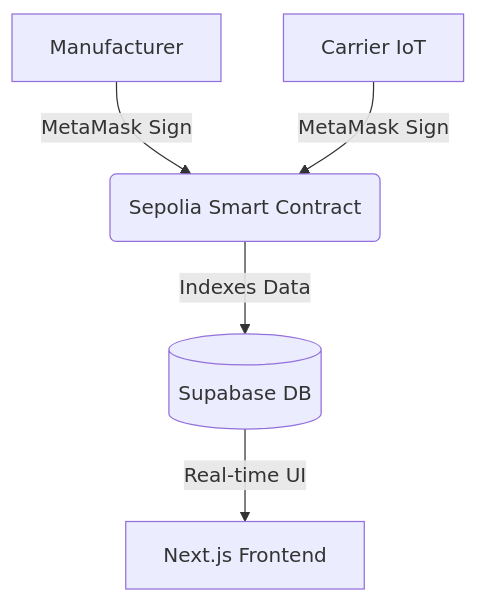
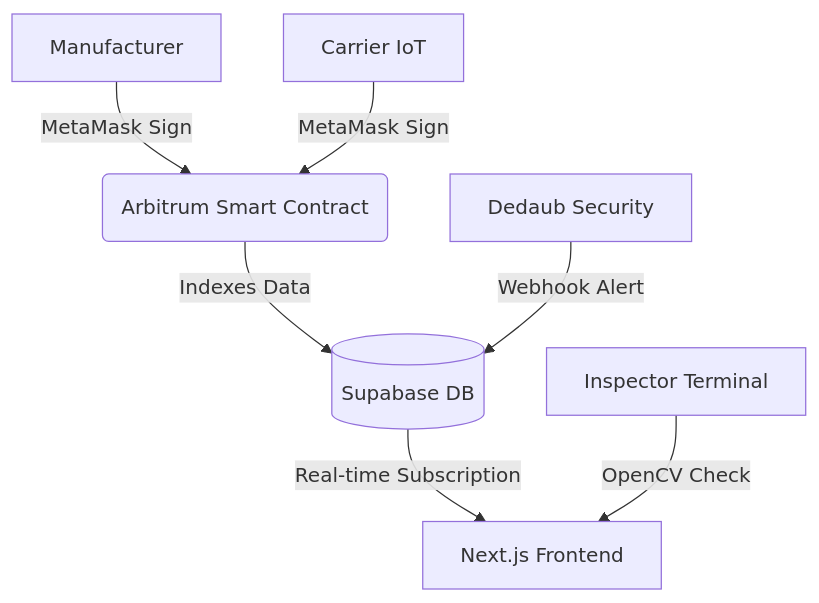
Before and after one commit to Anirban4ru/MediTrace: the diagram in README.md, drawn with Mermaid. The commit also changed other lines of this file, not shown here.

````diff
--- a/README.md
+++ b/README.md
@@ -30,7 +33,9 @@
 ```mermaid
 graph TD
-    A[Manufacturer] -->|MetaMask Sign| B(Sepolia Smart Contract)
+    A[Manufacturer] -->|MetaMask Sign| B(Arbitrum Smart Contract)
     C[Carrier IoT] -->|MetaMask Sign| B
     B -->|Indexes Data| D[(Supabase DB)]
-    D -->|Real-time UI| E[Next.js Frontend]
+    F[Dedaub Security] -->|Webhook Alert| D
+    D -->|Real-time Subscription| E[Next.js Frontend]
+    G[Inspector Terminal] -->|OpenCV Check| E
 ```
````
